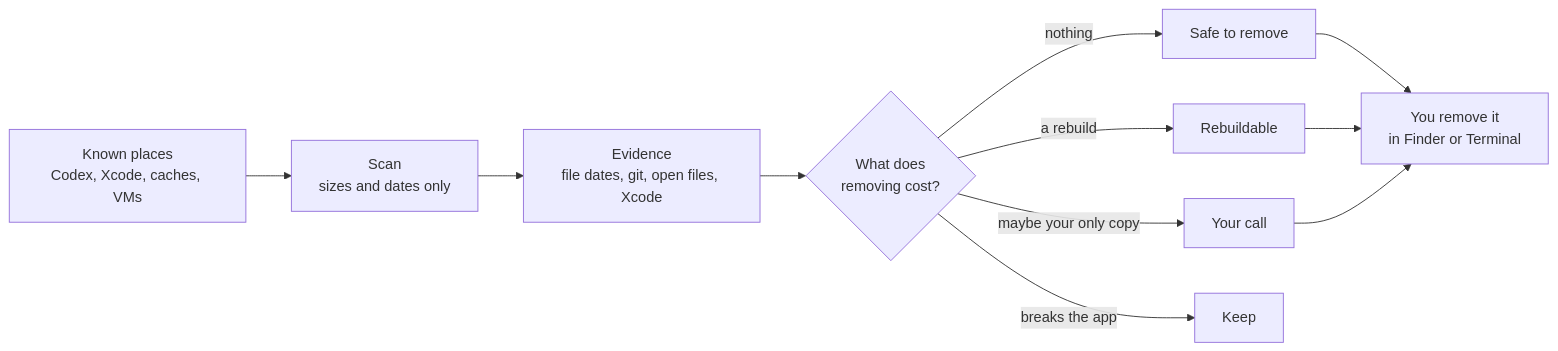
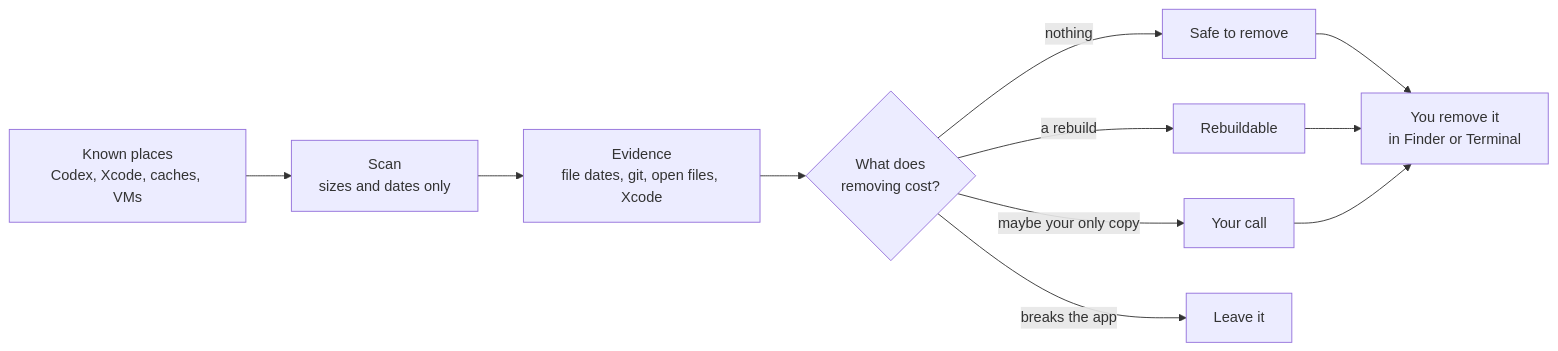
Before and after one commit to chrissotraidis/contextcleaner: the diagram in README.md, drawn with Mermaid. The commit also changed other lines of this file and 11 other files, not shown here.

Commit message:
0.15: Back/Forward, full path and Up link, subfolders named for themselves, Finder trash command on every card, biggest-first default, Ignore/Leave it vocabulary, growth rates, free-space chart, explained Everything else with read-only Look Inside

````diff
--- a/README.md
+++ b/README.md
@@ -87,11 +98,11 @@
 ```mermaid
 flowchart LR
     A["Known places<br/>Codex, Xcode, caches, VMs"] --> B["Scan<br/>sizes and dates only"]
     B --> C["Evidence<br/>file dates, git, open files, Xcode"]
     C --> D{"What does<br/>removing cost?"}
     D -->|nothing| E["Safe to remove"]
     D -->|a rebuild| F["Rebuildable"]
     D -->|maybe your only copy| G["Your call"]
-    D -->|breaks the app| H["Keep"]
+    D -->|breaks the app| H["Leave it"]
     E & F & G --> I["You remove it<br/>in Finder or Terminal"]
 ```
````
